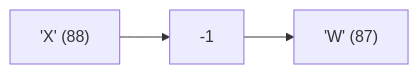
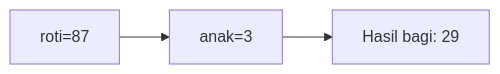
Diagram 11 of 25 in part-c-pemahaman-cpp/01-tipe-data/latihan/set-01.md (amnahwaida/OSNK_INF_PREP), drawn with Mermaid before and after one commit. The commit also changed other lines of this file and 71 other files, not shown here.

````diff
--- a/part-c-pemahaman-cpp/01-tipe-data/latihan/set-01.md
+++ b/part-c-pemahaman-cpp/01-tipe-data/latihan/set-01.md
@@ -293,5 +308,5 @@
 ```mermaid
 graph LR
-A["'X' (88)"] --> B["-1"]
-B --> C["'W' (87)"]
+A["roti=87"] --> B["anak=3"]
+B --> C["Hasil bagi: 29"]
 ```
````
